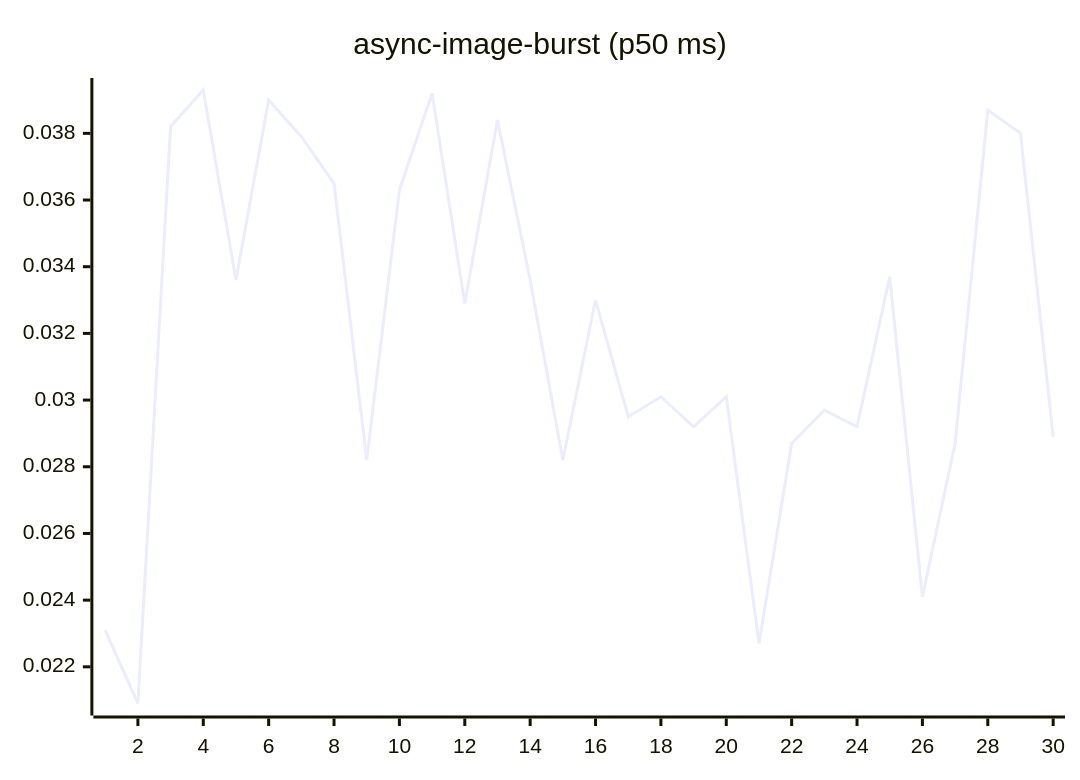
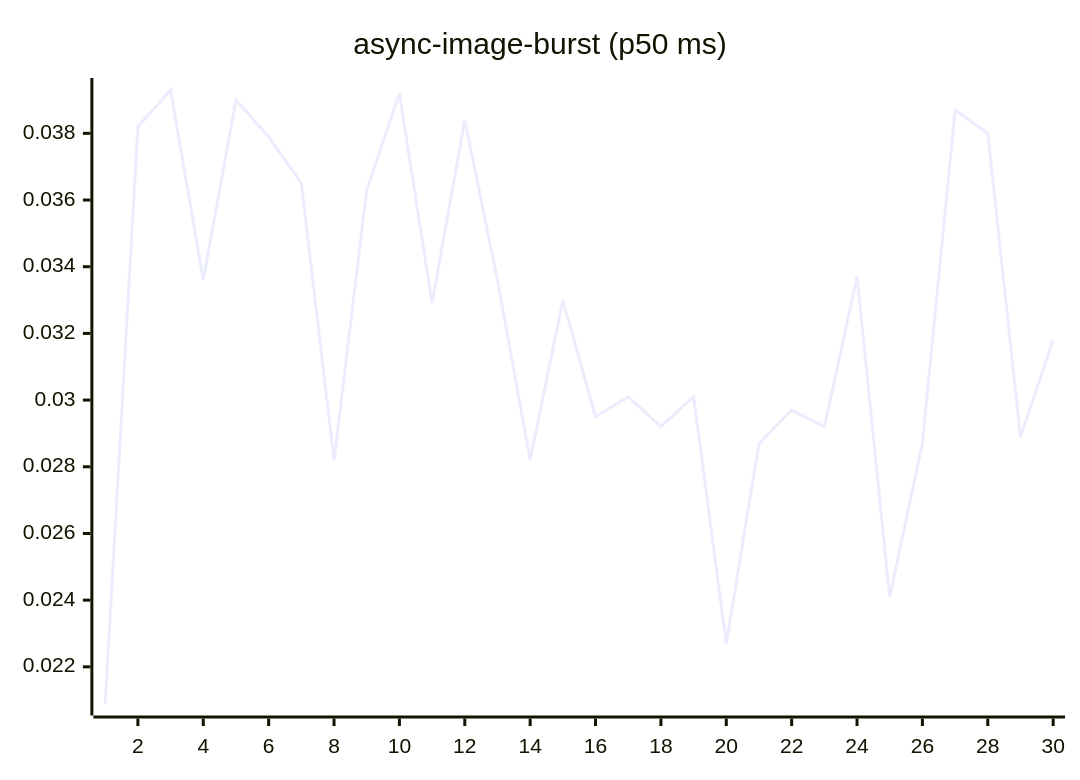
The fourth of 27 diagrams in README.md (josha/Facet), drawn with Mermaid before and after one commit. The commit also changed other lines of this file and 2 other files, not shown here.

````diff
--- a/README.md
+++ b/README.md
@@ -84,6 +84,6 @@
 ```mermaid
 xychart-beta
     title "async-image-burst (p50 ms)"
     x-axis 1 --> 30
-    line [0.0231, 0.0209, 0.0382, 0.0393, 0.0336, 0.0390, 0.0379, 0.0365, 0.0282, 0.0363, 0.0392, 0.0329, 0.0384, 0.0336, 0.0282, 0.0330, 0.0295, 0.0301, 0.0292, 0.0301, 0.0227, 0.0287, 0.0297, 0.0292, 0.0337, 0.0241, 0.0287, 0.0387, 0.0380, 0.0289]
+    line [0.0209, 0.0382, 0.0393, 0.0336, 0.0390, 0.0379, 0.0365, 0.0282, 0.0363, 0.0392, 0.0329, 0.0384, 0.0336, 0.0282, 0.0330, 0.0295, 0.0301, 0.0292, 0.0301, 0.0227, 0.0287, 0.0297, 0.0292, 0.0337, 0.0241, 0.0287, 0.0387, 0.0380, 0.0289, 0.0318]
 ```
````
